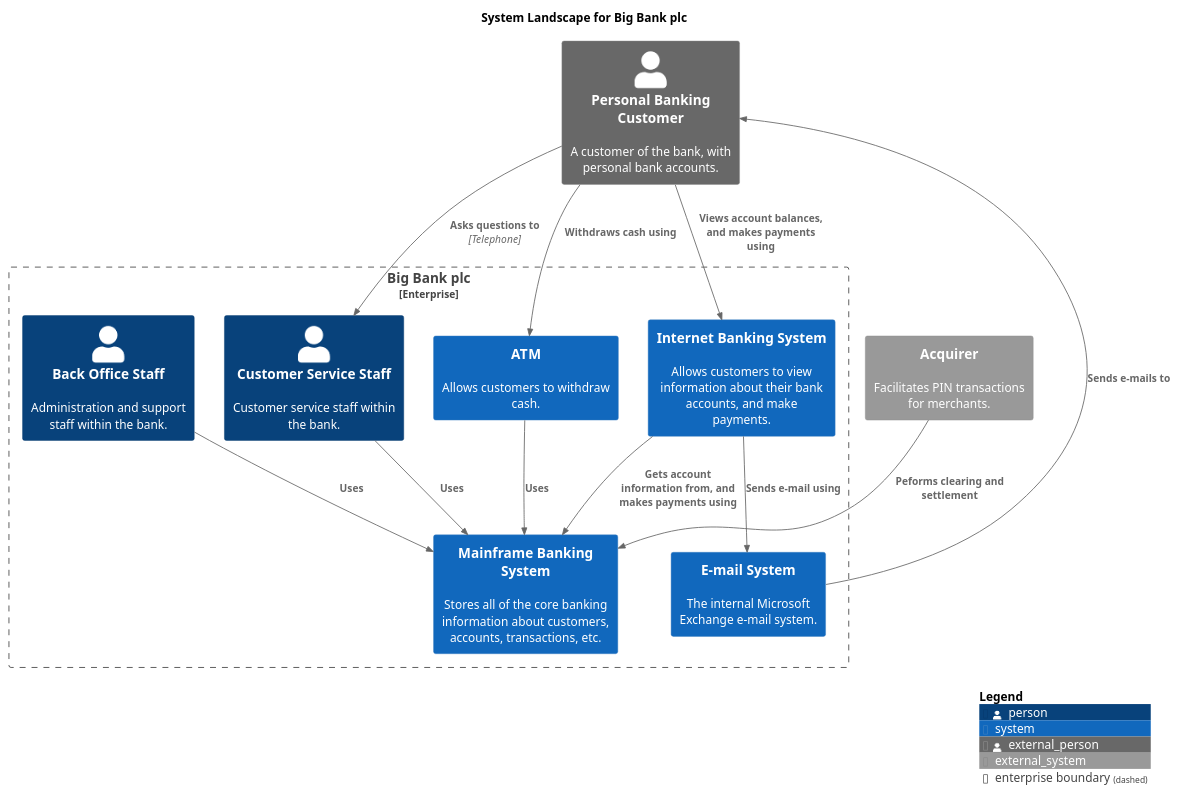
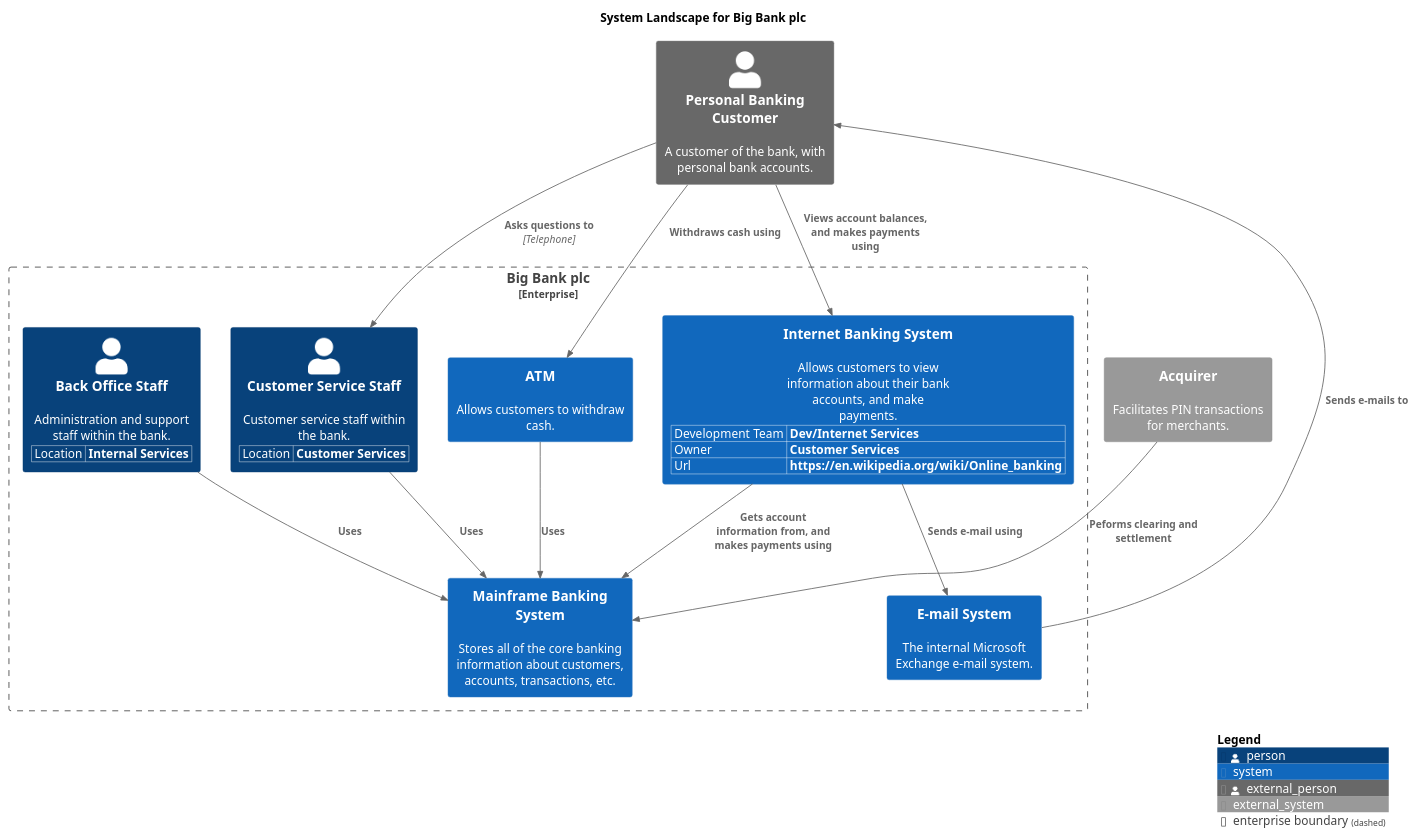
One commit to avisi-cloud/structurizr-site-generatr changed the diagram in main/puml/SystemLandscape.puml. Above: the diagram before and after it, drawn with PlantUML. The commit also changed 109 other files, not shown here.

```diff
--- a/main/puml/SystemLandscape.puml
+++ b/main/puml/SystemLandscape.puml
@@ -1,33 +1,41 @@
 @startuml
 title System Landscape for Big Bank plc
 
 top to bottom direction
 
 !include https://raw.githubusercontent.com/plantuml-stdlib/C4-PlantUML/master/C4.puml
 !include https://raw.githubusercontent.com/plantuml-stdlib/C4-PlantUML/master/C4_Context.puml
 
 Enterprise_Boundary(enterprise, "Big Bank plc") {
+  WithoutPropertyHeader()
+  AddProperty("Location","Customer Services")
   Person(CustomerServiceStaff, "Customer Service Staff", "Customer service staff within the bank.", $tags="")
+  WithoutPropertyHeader()
+  AddProperty("Location","Internal Services")
   Person(BackOfficeStaff, "Back Office Staff", "Administration and support staff within the bank.", $tags="")
   System(MainframeBankingSystem, "Mainframe Banking System", "Stores all of the core banking information about customers, accounts, transactions, etc.", $tags="")
   System(EmailSystem, "E-mail System", "The internal Microsoft Exchange e-mail system.", $tags="")
   System(ATM, "ATM", "Allows customers to withdraw cash.", $tags="")
-  System(InternetBankingSystem, "Internet Banking System", "Allows customers to view information about their bank accounts, and make payments.", $tags="")[[https://en.wikipedia.org/wiki/Online_banking]]
+  WithoutPropertyHeader()
+  AddProperty("Development Team","Dev/Internet Services")
+  AddProperty("Owner","Customer Services")
+  AddProperty("Url","https://en.wikipedia.org/wiki/Online_banking")
+  System(InternetBankingSystem, "Internet Banking System", "Allows customers to view information about their bank accounts, and make payments.", $tags="")
 }
 
 Person_Ext(PersonalBankingCustomer, "Personal Banking Customer", "A customer of the bank, with personal bank accounts.", $tags="")
 System_Ext(Acquirer, "Acquirer", "Facilitates PIN transactions for merchants.", $tags="")
 
 Rel_D(PersonalBankingCustomer, InternetBankingSystem, "Views account balances, and makes payments using", $tags="")
 Rel_D(InternetBankingSystem, MainframeBankingSystem, "Gets account information from, and makes payments using", $tags="")
 Rel_D(InternetBankingSystem, EmailSystem, "Sends e-mail using", $tags="")
 Rel_D(EmailSystem, PersonalBankingCustomer, "Sends e-mails to", $tags="")
 Rel_D(PersonalBankingCustomer, CustomerServiceStaff, "Asks questions to", "Telephone", $tags="")
 Rel_D(CustomerServiceStaff, MainframeBankingSystem, "Uses", $tags="")
 Rel_D(PersonalBankingCustomer, ATM, "Withdraws cash using", $tags="")
 Rel_D(ATM, MainframeBankingSystem, "Uses", $tags="")
 Rel_D(BackOfficeStaff, MainframeBankingSystem, "Uses", $tags="")
 Rel_D(Acquirer, MainframeBankingSystem, "Peforms clearing and settlement", $tags="")
 
 SHOW_LEGEND()
 @enduml
```
